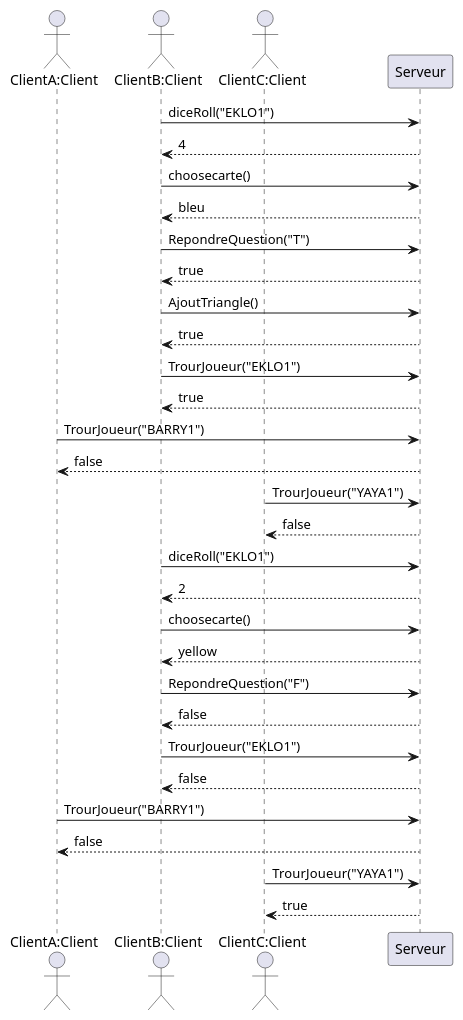
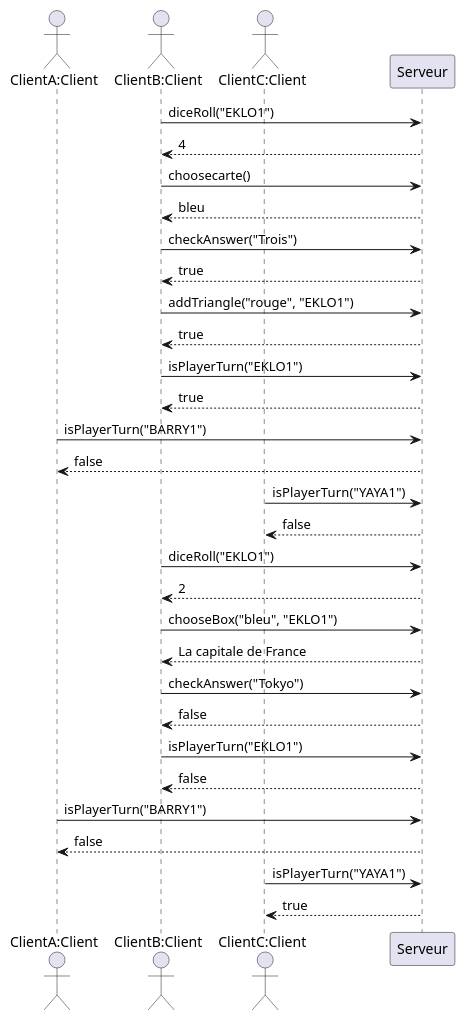
Before and after one commit to sybarry/Trivial_Pursuit_CL: diagram 14 of 14 in trivial-doc/modules/development/pages/composants.adoc, drawn with PlantUML. The commit also changed other lines of this file, not shown here.

```diff
--- a/trivial-doc/modules/development/pages/composants.adoc
+++ b/trivial-doc/modules/development/pages/composants.adoc
@@ -441,43 +428,43 @@
 [plantuml]
 ....
 @startuml
 
 actor "ClientA:Client" as C1
 actor "ClientB:Client" as C2
 actor "ClientC:Client" as C3
 
 C2 -> Serveur: diceRoll("EKLO1")
 Serveur --> C2 : 4
 C2 -> Serveur: choosecarte()
 Serveur --> C2 : bleu
-C2 -> Serveur: RepondreQuestion("T")
+C2 -> Serveur: checkAnswer("Trois")
 Serveur --> C2 : true
-C2 -> Serveur: AjoutTriangle()
+C2 -> Serveur: addTriangle("rouge", "EKLO1")
 Serveur --> C2 : true
-C2 -> Serveur: TrourJoueur("EKLO1")
+C2 -> Serveur: isPlayerTurn("EKLO1")
 Serveur --> C2 : true
 
-C1-> Serveur: TrourJoueur("BARRY1")
+C1-> Serveur: isPlayerTurn("BARRY1")
 Serveur --> C1 : false
 
-C3 -> Serveur: TrourJoueur("YAYA1")
+C3 -> Serveur: isPlayerTurn("YAYA1")
 Serveur --> C3 : false
 
 C2 -> Serveur: diceRoll("EKLO1")
 Serveur --> C2 : 2
-C2 -> Serveur: choosecarte()
-Serveur --> C2 : yellow
-C2 -> Serveur: RepondreQuestion("F")
+C2 -> Serveur: chooseBox("bleu", "EKLO1")
+Serveur --> C2 : La capitale de France
+C2 -> Serveur: checkAnswer("Tokyo")
 Serveur --> C2 : false
 
-C2 -> Serveur: TrourJoueur("EKLO1")
+C2 -> Serveur: isPlayerTurn("EKLO1")
 Serveur --> C2 : false
 
-C1-> Serveur: TrourJoueur("BARRY1")
+C1-> Serveur: isPlayerTurn("BARRY1")
 Serveur --> C1 : false
 
-C3-> Serveur: TrourJoueur("YAYA1")
+C3-> Serveur: isPlayerTurn("YAYA1")
 Serveur --> C3 : true
 
 @enduml
 ....
```
